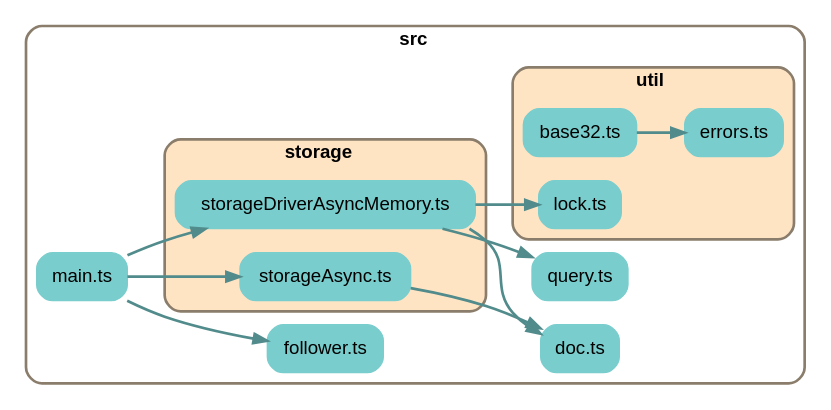
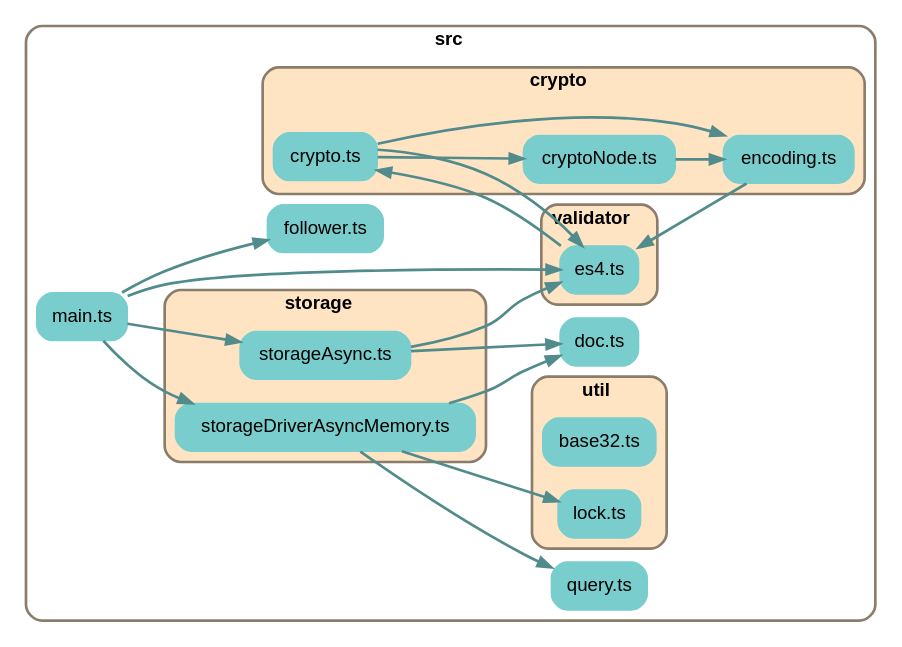
One commit to earthstar-project/earthstar changed the diagram in depchart/depchart.dot. Above: the diagram before and after it, drawn with Graphviz. The commit also changed 17 other files, not shown here.

Commit message:
copy over crypto code; stub out validator code

```diff
--- a/depchart/depchart.dot
+++ b/depchart/depchart.dot
@@ -1,60 +1,88 @@
 
 digraph G {
     //splines=line;
     //splines=polyline;
     splines=true;
     rankdir=LR;
     //newrank=true;
     compound=true;
     graph [fontname = "helvetica"];  // dpi=72
     node [fontname = "helvetica"];
     edge [fontname = "helvetica"];
     
     // files in their folder clusters
 
-    subgraph cluster9665341910 {
+    subgraph cluster4799500460 {
         label=<<b>src</b>>;
         style="rounded";
         color=bisque4;
         penwidth=2;
                 
         "src/doc.ts" [label="doc.ts", shape=rectangle; style="rounded,filled"; color=darkslategray3];
         "src/follower.ts" [label="follower.ts", shape=rectangle; style="rounded,filled"; color=darkslategray3];
         "src/main.ts" [label="main.ts", shape=rectangle; style="rounded,filled"; color=darkslategray3];
         "src/query.ts" [label="query.ts", shape=rectangle; style="rounded,filled"; color=darkslategray3];
 
-        subgraph cluster7709359912 {
+        subgraph cluster4646258807 {
+            label=<<b>crypto</b>>;
+            style="rounded,filled";
+            fillcolor=bisque;
+            color=bisque4;
+            penwidth=2;
+                
+            "src/crypto/crypto.ts" [label="crypto.ts", shape=rectangle; style="rounded,filled"; color=darkslategray3];
+            "src/crypto/cryptoNode.ts" [label="cryptoNode.ts", shape=rectangle; style="rounded,filled"; color=darkslategray3];
+            "src/crypto/encoding.ts" [label="encoding.ts", shape=rectangle; style="rounded,filled"; color=darkslategray3];
+        }
+
+        subgraph cluster9390286189 {
             label=<<b>storage</b>>;
             style="rounded,filled";
             fillcolor=bisque;
             color=bisque4;
             penwidth=2;
                 
             "src/storage/storageAsync.ts" [label="storageAsync.ts", shape=rectangle; style="rounded,filled"; color=darkslategray3];
             "src/storage/storageDriverAsyncMemory.ts" [label="storageDriverAsyncMemory.ts", shape=rectangle; style="rounded,filled"; color=darkslategray3];
         }
 
-        subgraph cluster2944378225 {
+        subgraph cluster298585301 {
             label=<<b>util</b>>;
             style="rounded,filled";
             fillcolor=bisque;
             color=bisque4;
             penwidth=2;
                 
             "src/util/base32.ts" [label="base32.ts", shape=rectangle; style="rounded,filled"; color=darkslategray3];
-            "src/util/errors.ts" [label="errors.ts", shape=rectangle; style="rounded,filled"; color=darkslategray3];
             "src/util/lock.ts" [label="lock.ts", shape=rectangle; style="rounded,filled"; color=darkslategray3];
+        }
+
+        subgraph cluster819977387 {
+            label=<<b>validator</b>>;
+            style="rounded,filled";
+            fillcolor=bisque;
+            color=bisque4;
+            penwidth=2;
+                
+            "src/validator/es4.ts" [label="es4.ts", shape=rectangle; style="rounded,filled"; color=darkslategray3];
         }
     }
 
     // edges between files
+    "src/crypto/crypto.ts" -> "src/crypto/cryptoNode.ts" [penwidth=2; color=darkslategray4];
+    "src/crypto/crypto.ts" -> "src/crypto/encoding.ts" [penwidth=2; color=darkslategray4];
+    "src/crypto/crypto.ts" -> "src/validator/es4.ts" [penwidth=2; color=darkslategray4];
+    "src/crypto/cryptoNode.ts" -> "src/crypto/encoding.ts" [penwidth=2; color=darkslategray4];
+    "src/crypto/encoding.ts" -> "src/validator/es4.ts" [penwidth=2; color=darkslategray4];
+    "src/main.ts" -> "src/validator/es4.ts" [penwidth=2; color=darkslategray4];
     "src/main.ts" -> "src/follower.ts" [penwidth=2; color=darkslategray4];
     "src/main.ts" -> "src/storage/storageDriverAsyncMemory.ts" [penwidth=2; color=darkslategray4];
     "src/main.ts" -> "src/storage/storageAsync.ts" [penwidth=2; color=darkslategray4];
     "src/storage/storageAsync.ts" -> "src/doc.ts" [penwidth=2; color=darkslategray4];
+    "src/storage/storageAsync.ts" -> "src/validator/es4.ts" [penwidth=2; color=darkslategray4];
     "src/storage/storageDriverAsyncMemory.ts" -> "src/util/lock.ts" [penwidth=2; color=darkslategray4];
     "src/storage/storageDriverAsyncMemory.ts" -> "src/doc.ts" [penwidth=2; color=darkslategray4];
     "src/storage/storageDriverAsyncMemory.ts" -> "src/query.ts" [penwidth=2; color=darkslategray4];
-    "src/util/base32.ts" -> "src/util/errors.ts" [penwidth=2; color=darkslategray4];
+    "src/validator/es4.ts" -> "src/crypto/crypto.ts" [penwidth=2; color=darkslategray4];
 
 }
```
